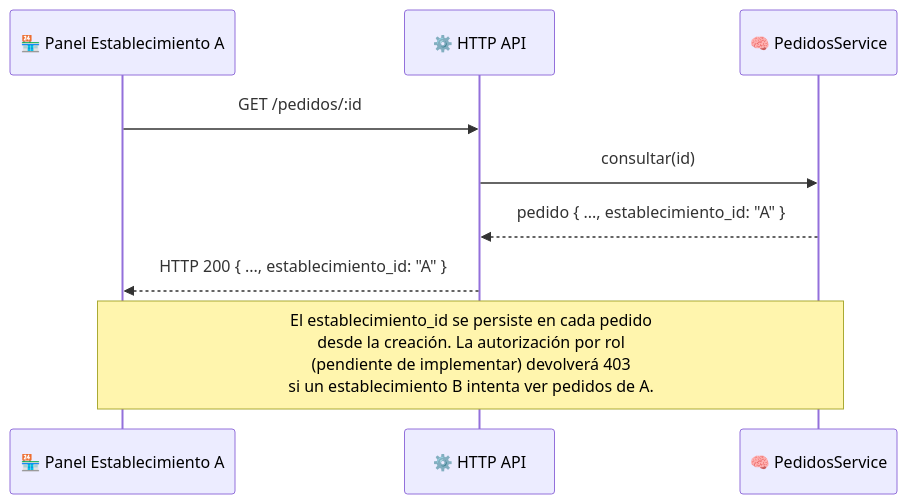
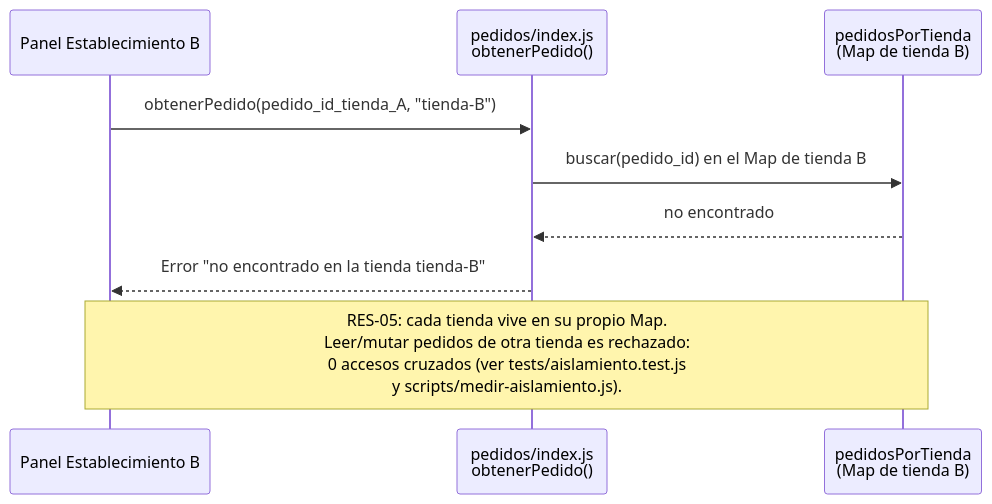
The fourth of 6 diagrams in docs/arc42/arc42-template-EN.md (ISCOUTB/AS_202620_LaPlacita), drawn with Mermaid before and after one commit. The commit also changed other lines of this file and 24 other files, not shown here.

First line of the commit message:
corte-1: implementa RES-05 aislamiento por establecimiento con ADR-0004 y medición reproducible

````diff
--- a/docs/arc42/arc42-template-EN.md
+++ b/docs/arc42/arc42-template-EN.md
@@ -233,13 +237,13 @@
 ```mermaid
 sequenceDiagram
-    participant Panel as 🏪 Panel Establecimiento A
-    participant API as ⚙️ HTTP API
-    participant Svc as 🧠 PedidosService
- 
-    Panel->>API: GET /pedidos/:id
-    API->>Svc: consultar(id)
-    Svc-->>API: pedido { ..., establecimiento_id: "A" }
-    API-->>Panel: HTTP 200 { ..., establecimiento_id: "A" }
- 
-    Note over Panel, Svc: El establecimiento_id se persiste en cada pedido<br/>desde la creación. La autorización por rol<br/>(pendiente de implementar) devolverá 403<br/>si un establecimiento B intenta ver pedidos de A.
+    participant Panel as Panel Establecimiento B
+    participant Svc as pedidos/index.js<br/>obtenerPedido()
+    participant Str as pedidosPorTienda<br/>(Map de tienda B)
+
+    Panel->>Svc: obtenerPedido(pedido_id_tienda_A, "tienda-B")
+    Svc->>Str: buscar(pedido_id) en el Map de tienda B
+    Str-->>Svc: no encontrado
+    Svc-->>Panel: Error "no encontrado en la tienda tienda-B"
+
+    Note over Panel, Str: RES-05: cada tienda vive en su propio Map.<br/>Leer/mutar pedidos de otra tienda es rechazado:<br/>0 accesos cruzados (ver tests/aislamiento.test.js<br/>y scripts/medir-aislamiento.js).
 ```
````
